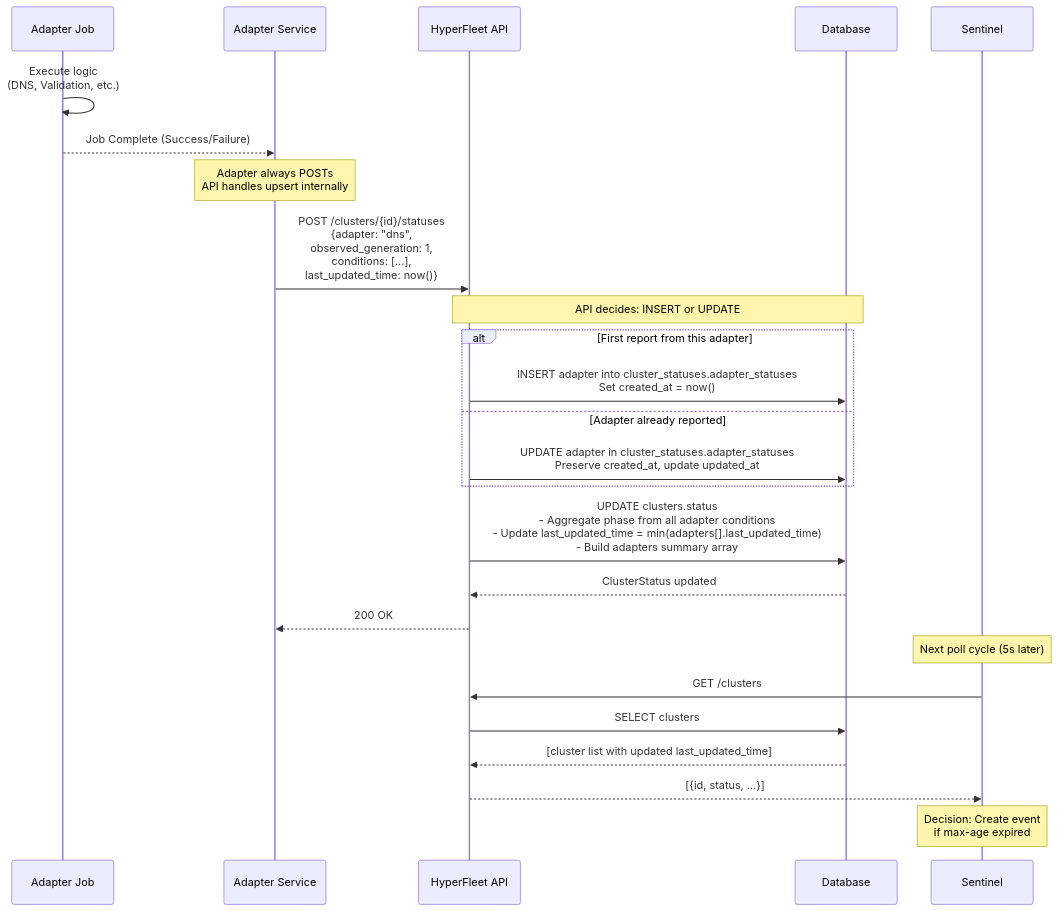
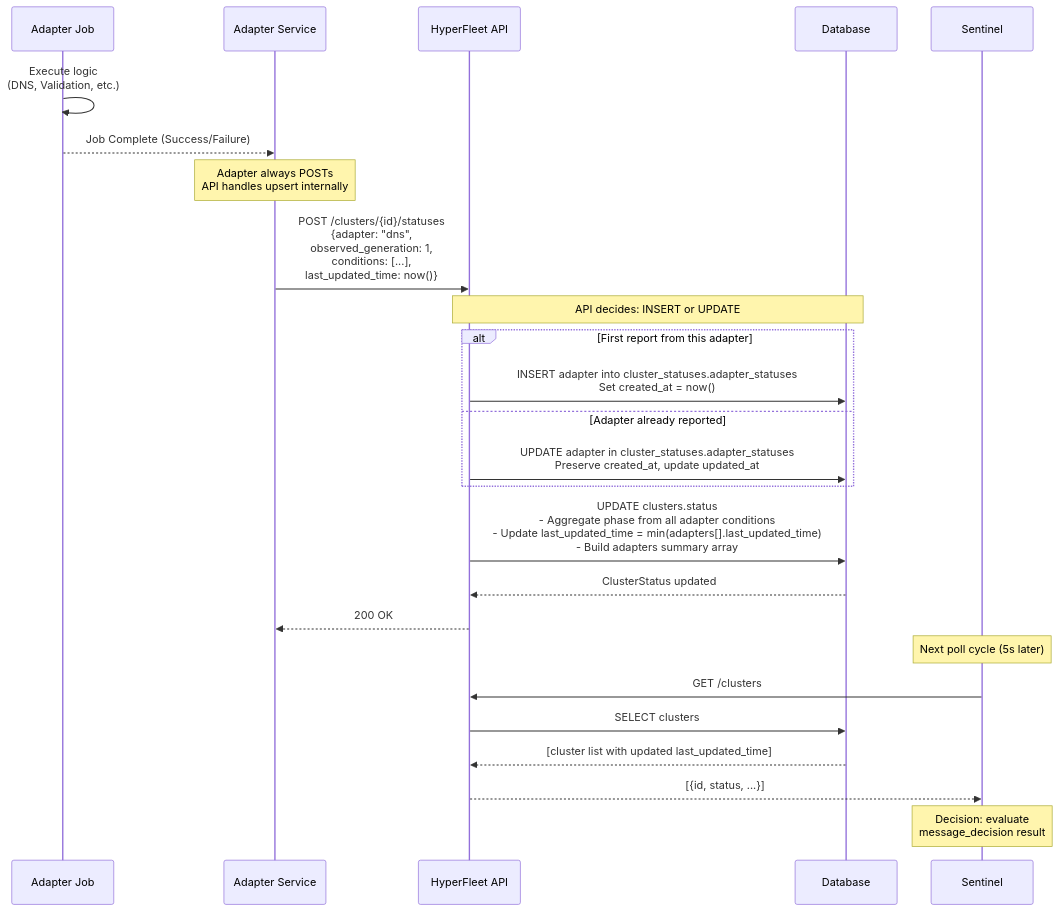
One commit to rafabene/hyperfleet-architecture changed the third of 3 diagrams in hyperfleet/architecture/architecture-summary.md. Above: the diagram before and after it, drawn with Mermaid. The commit also changed other lines of this file and 6 other files, not shown here.

First line of the commit message:
HYPERFLEET-537 - docs: replace conditions config with message_decision

````diff
--- a/hyperfleet/architecture/architecture-summary.md
+++ b/hyperfleet/architecture/architecture-summary.md
@@ -579,36 +581,36 @@
 ```mermaid
 sequenceDiagram
     participant Job as Adapter Job
     participant Adapter as Adapter Service
     participant API as HyperFleet API
     participant DB as Database
     participant Sentinel as Sentinel
 
     Job->>Job: Execute logic<br/>(DNS, Validation, etc.)
     Job-->>Adapter: Job Complete (Success/Failure)
 
     Note over Adapter: Adapter always POSTs<br/>API handles upsert internally
 
     Adapter->>API: POST /clusters/{id}/statuses<br/>{adapter: "dns",<br/>observed_generation: 1,<br/>conditions: [...],<br/>last_updated_time: now()}
 
     Note over API,DB: API decides: INSERT or UPDATE
 
     alt First report from this adapter
         API->>DB: INSERT adapter into cluster_statuses.adapter_statuses<br/>Set created_at = now()
     else Adapter already reported
         API->>DB: UPDATE adapter in cluster_statuses.adapter_statuses<br/>Preserve created_at, update updated_at
     end
 
     API->>DB: UPDATE clusters.status<br/>- Aggregate phase from all adapter conditions<br/>- Update last_updated_time = min(adapters[].last_updated_time)<br/>- Build adapters summary array
     DB-->>API: ClusterStatus updated
     API-->>Adapter: 200 OK
 
     Note over Sentinel: Next poll cycle (5s later)
 
     Sentinel->>API: GET /clusters
     API->>DB: SELECT clusters
     DB-->>API: [cluster list with updated last_updated_time]
     API-->>Sentinel: [{id, status, ...}]
 
-    Note over Sentinel: Decision: Create event<br/>if max-age expired
+    Note over Sentinel: Decision: evaluate<br/>message_decision result
 ```
````
